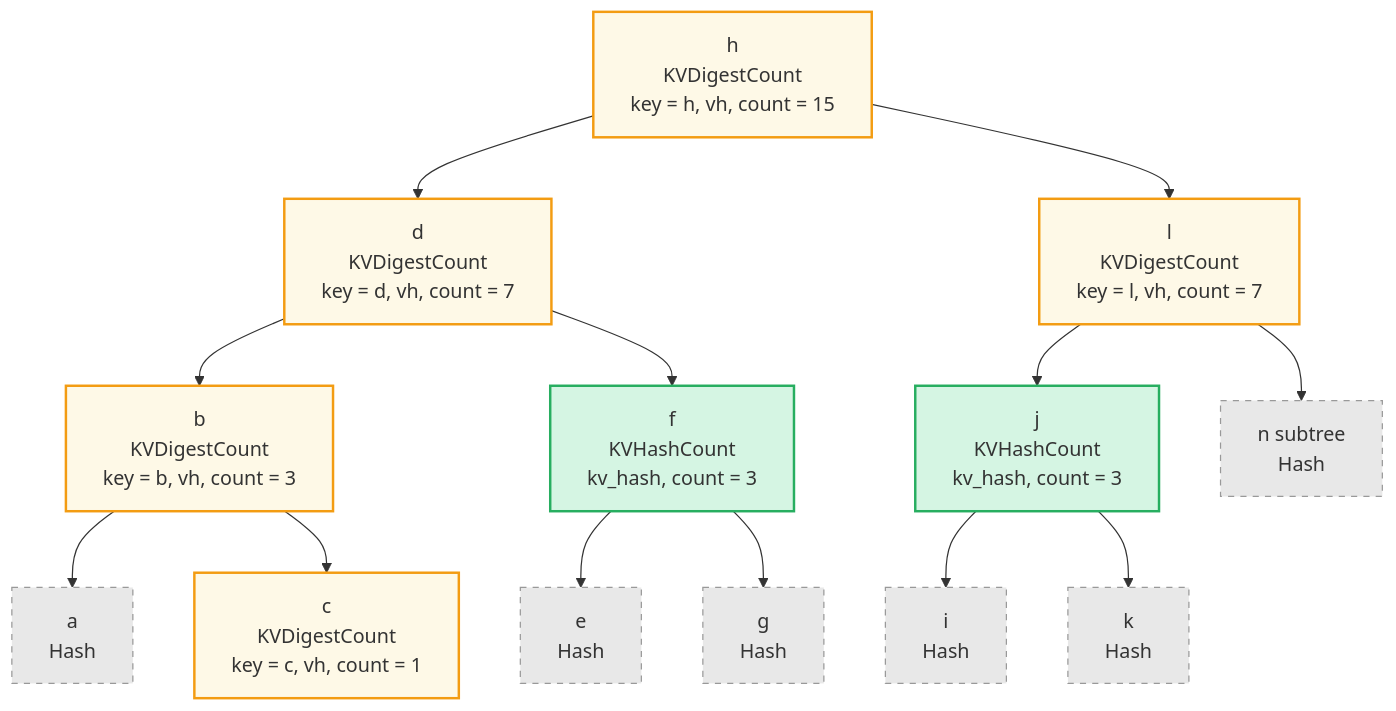
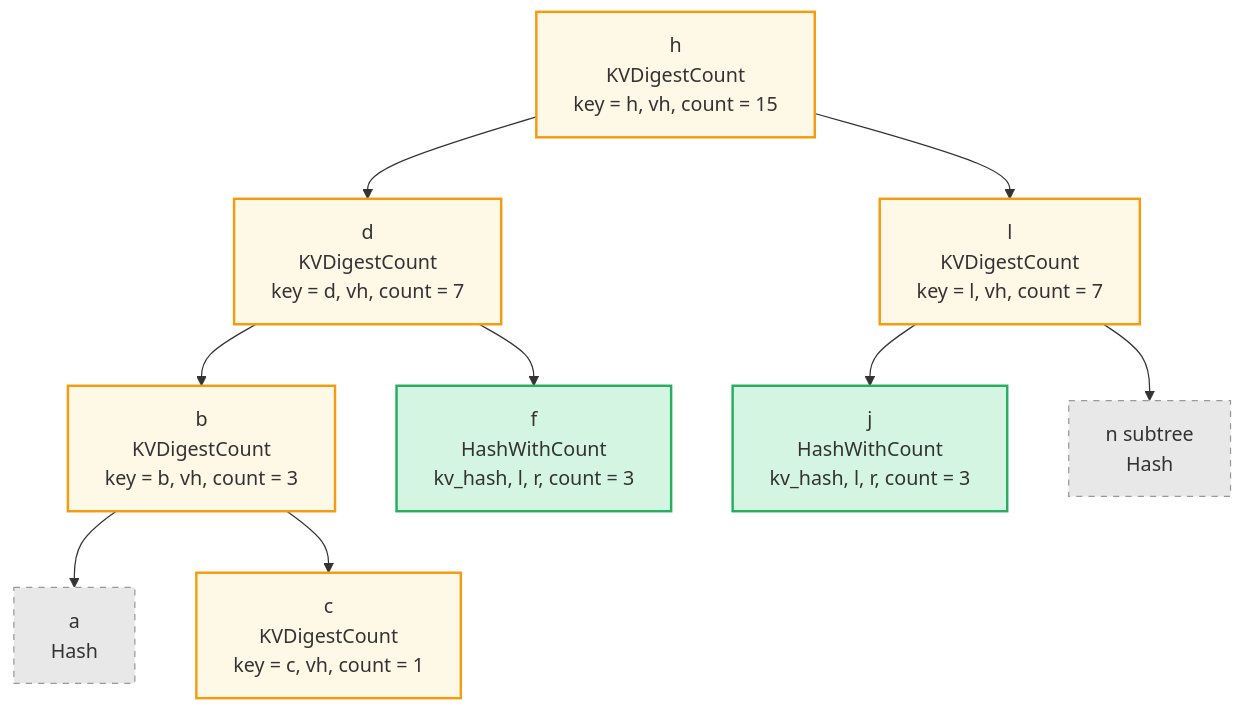
The fifth of 5 diagrams in docs/book/src/aggregate-count-queries.md (dashpay/grovedb), drawn with Mermaid before and after one commit. The commit also changed other lines of this file, not shown here.

````diff
--- a/docs/book/src/aggregate-count-queries.md
+++ b/docs/book/src/aggregate-count-queries.md
@@ -389,42 +388,30 @@
 ```mermaid
 graph TD
     h["h<br/>KVDigestCount<br/>key = h, vh, count = 15"]
     d["d<br/>KVDigestCount<br/>key = d, vh, count = 7"]
     l["l<br/>KVDigestCount<br/>key = l, vh, count = 7"]
     b["b<br/>KVDigestCount<br/>key = b, vh, count = 3"]
-    f["f<br/>KVHashCount<br/>kv_hash, count = 3"]
-    j["j<br/>KVHashCount<br/>kv_hash, count = 3"]
+    f["f<br/>HashWithCount<br/>kv_hash, l, r, count = 3"]
+    j["j<br/>HashWithCount<br/>kv_hash, l, r, count = 3"]
     nH["n subtree<br/>Hash"]
     aH["a<br/>Hash"]
     c["c<br/>KVDigestCount<br/>key = c, vh, count = 1"]
-    eH["e<br/>Hash"]
-    gH["g<br/>Hash"]
-    iH["i<br/>Hash"]
-    kH["k<br/>Hash"]
     h --> d
     h --> l
     d --> b
     d --> f
     l --> j
     l --> nH
     b --> aH
     b --> c
-    f --> eH
-    f --> gH
-    j --> iH
-    j --> kH
 
     style h fill:#fef9e7,stroke:#f39c12,stroke-width:2px
     style d fill:#fef9e7,stroke:#f39c12,stroke-width:2px
     style l fill:#fef9e7,stroke:#f39c12,stroke-width:2px
     style b fill:#fef9e7,stroke:#f39c12,stroke-width:2px
     style c fill:#fef9e7,stroke:#f39c12,stroke-width:2px
     style f fill:#d5f5e3,stroke:#27ae60,stroke-width:2px
     style j fill:#d5f5e3,stroke:#27ae60,stroke-width:2px
     style aH fill:#e8e8e8,stroke:#999,stroke-dasharray:5 5
     style nH fill:#e8e8e8,stroke:#999,stroke-dasharray:5 5
-    style eH fill:#e8e8e8,stroke:#999,stroke-dasharray:5 5
-    style gH fill:#e8e8e8,stroke:#999,stroke-dasharray:5 5
-    style iH fill:#e8e8e8,stroke:#999,stroke-dasharray:5 5
-    style kH fill:#e8e8e8,stroke:#999,stroke-dasharray:5 5
 ```
````
